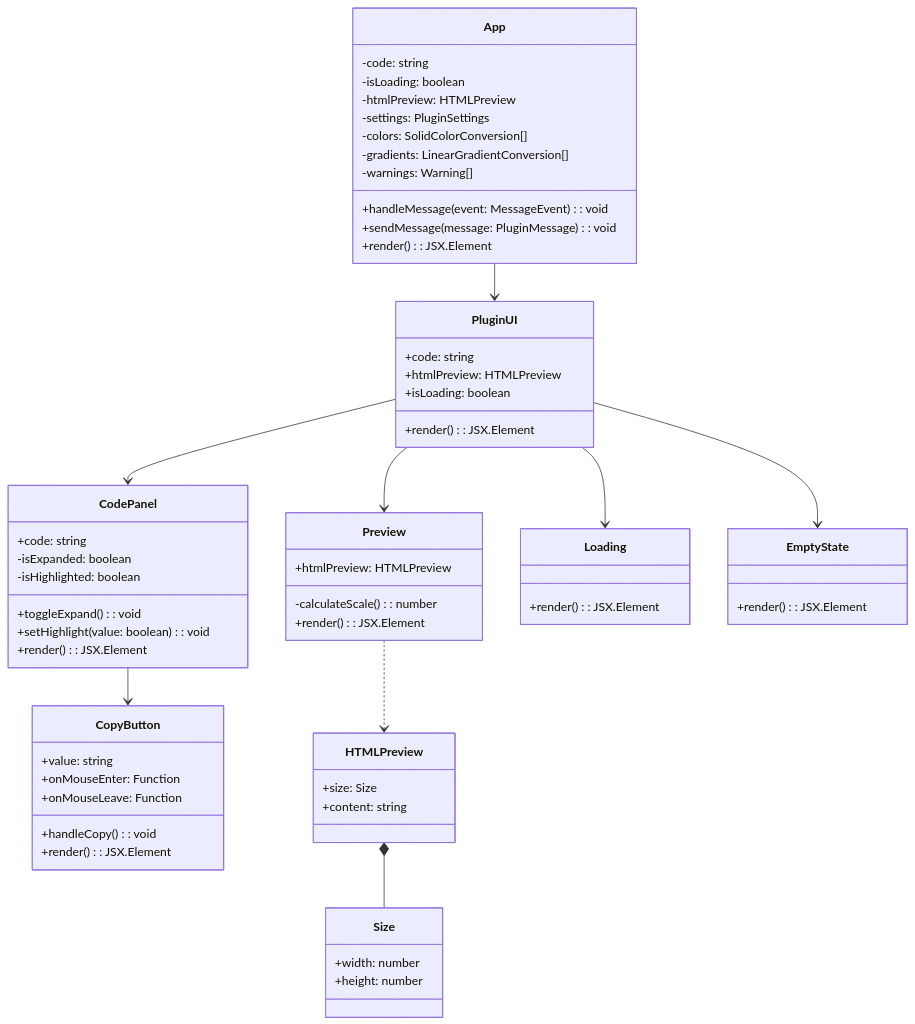
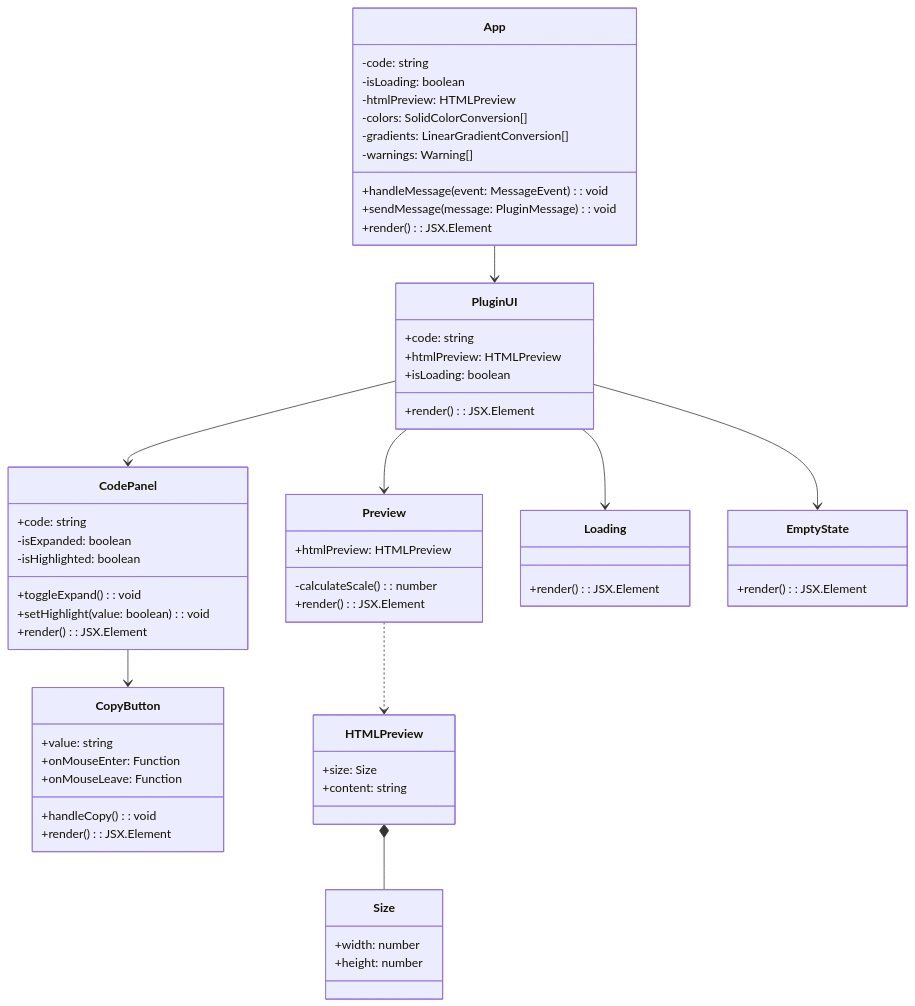
One commit to ziqingchuan/figma2code-plugin changed the eighth of 21 diagrams in 文档/架构图与类图.md. Above: the diagram before and after it, drawn with Mermaid. The commit also changed other lines of this file and 7 other files, not shown here.

````diff
--- a/文档/架构图与类图.md
+++ b/文档/架构图与类图.md
@@ -372,72 +364,71 @@
 ```mermaid
 classDiagram
     class App {
         -code: string
         -isLoading: boolean
         -htmlPreview: HTMLPreview
-        -settings: PluginSettings
         -colors: SolidColorConversion[]
         -gradients: LinearGradientConversion[]
         -warnings: Warning[]
         +handleMessage(event: MessageEvent): void
         +sendMessage(message: PluginMessage): void
         +render(): JSX.Element
     }
     
     class PluginUI {
         +code: string
         +htmlPreview: HTMLPreview
         +isLoading: boolean
         +render(): JSX.Element
     }
     
     class Preview {
         +htmlPreview: HTMLPreview
         -calculateScale(): number
         +render(): JSX.Element
     }
     
     class CodePanel {
         +code: string
         -isExpanded: boolean
         -isHighlighted: boolean
         +toggleExpand(): void
         +setHighlight(value: boolean): void
         +render(): JSX.Element
     }
     
     class CopyButton {
         +value: string
         +onMouseEnter: Function
         +onMouseLeave: Function
         +handleCopy(): void
         +render(): JSX.Element
     }
     
     class Loading {
         +render(): JSX.Element
     }
     
     class EmptyState {
         +render(): JSX.Element
     }
     
     class HTMLPreview {
         +size: Size
         +content: string
     }
     
     class Size {
         +width: number
         +height: number
     }
     
     App --> PluginUI
     PluginUI --> Preview
     PluginUI --> CodePanel
     PluginUI --> Loading
     PluginUI --> EmptyState
     CodePanel --> CopyButton
     Preview ..> HTMLPreview
     HTMLPreview *-- Size
 ```
````
